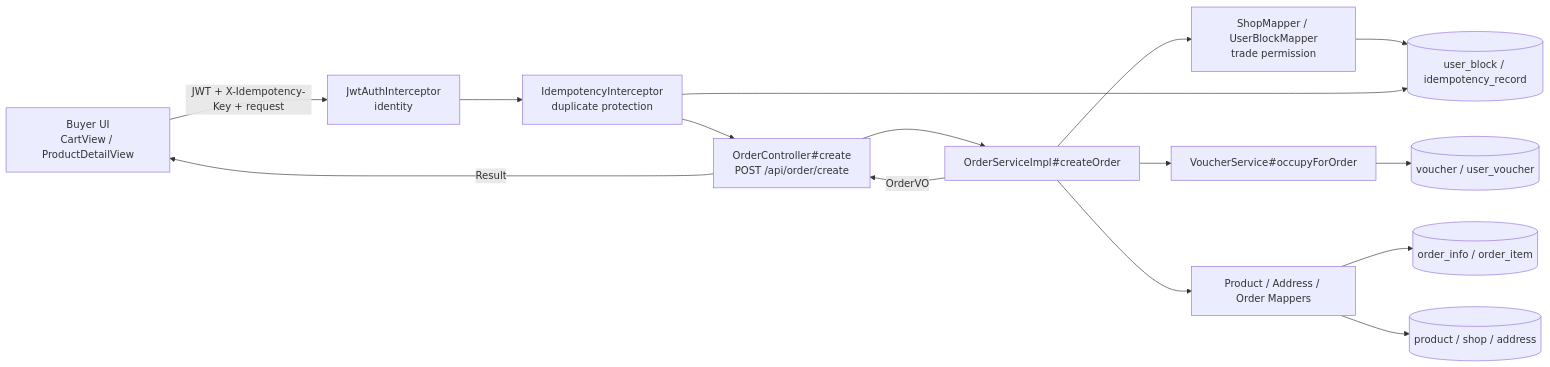
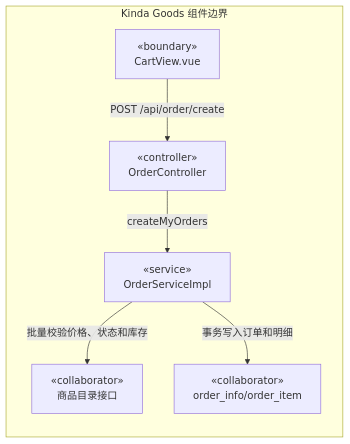
Before and after one commit to Isabella-Apus/SEGroup8: the diagram in 02_docs/UC11/component.mmd, drawn with Mermaid. The commit also changed other lines of this file and 475 other files, not shown here.

```diff
--- a/02_docs/UC11/component.mmd
+++ b/02_docs/UC11/component.mmd
@@ -1,25 +1,13 @@
+%% COMP-STRUCT11
 flowchart LR
-  buyer["Buyer UI<br/>CartView / ProductDetailView"]
-  auth["JwtAuthInterceptor<br/>identity"]
-  idem["IdempotencyInterceptor<br/>duplicate protection"]
-  controller["OrderController#create<br/>POST /api/order/create"]
-  service["OrderServiceImpl#createOrder"]
-  acl["ShopMapper / UserBlockMapper<br/>trade permission"]
-  voucher["VoucherService#occupyForOrder"]
-  mapper["Product / Address / Order Mappers"]
-  orderdb[("order_info / order_item")]
-  productdb[("product / shop / address")]
-  voucherdb[("voucher / user_voucher")]
-  crossdb[("user_block / idempotency_record")]
-
-  buyer -->|"JWT + X-Idempotency-Key + request"| auth
-  auth --> idem --> controller --> service
-  service --> acl
-  service --> voucher
-  service --> mapper
-  mapper --> orderdb
-  mapper --> productdb
-  voucher --> voucherdb
-  acl --> crossdb
-  idem --> crossdb
-  service -->|"OrderVO"| controller -->|"Result<OrderVO>"| buyer
+  subgraph Boundary["Kinda Goods 组件边界"]
+    UI["«boundary»<br/>CartView.vue"]
+    API["«controller»<br/>OrderController"]
+    Order["«service»<br/>OrderServiceImpl"]
+    Catalog["«collaborator»<br/>商品目录接口"]
+    DB["«collaborator»<br/>order_info/order_item"]
+  end
+  UI -->|"POST /api/order/create"| API
+  API -->|"createMyOrders"| Order
+  Order -->|"批量校验价格、状态和库存"| Catalog
+  Order -->|"事务写入订单和明细"| DB
```
